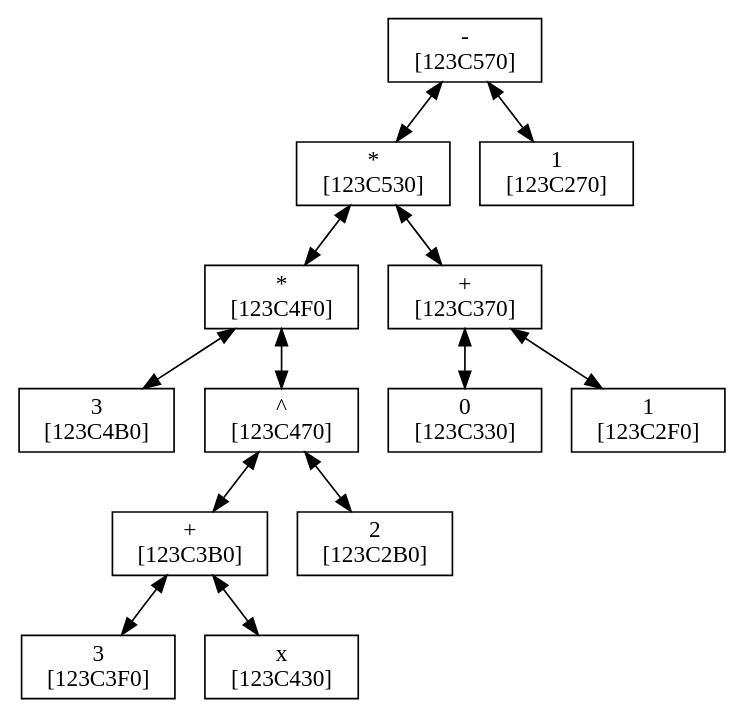
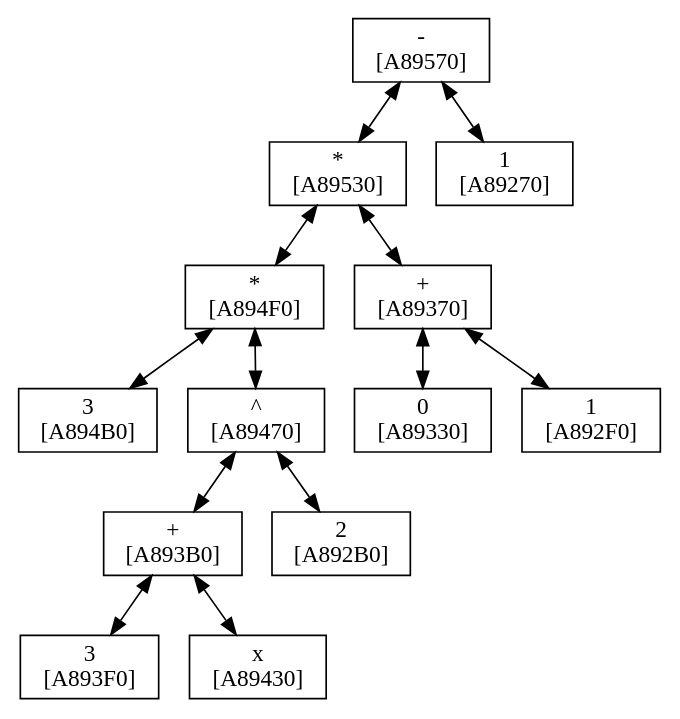
One commit to isgerasin/1sem changed the diagram in Differ/Debug/graph_tree1.gv. Above: the diagram before and after it, drawn with Graphviz. The commit also changed 88 other files, not shown here.

```diff
--- a/Differ/Debug/graph_tree1.gv
+++ b/Differ/Debug/graph_tree1.gv
@@ -1,40 +1,40 @@
 digraph Tree
 {
 	node[shape = polygon]; edge[dir=both];
 	"-
-[123C570]"->"*
-[123C530]"
+[A89570]"->"*
+[A89530]"
 	"*
-[123C530]"->"*
-[123C4F0]"
+[A89530]"->"*
+[A894F0]"
 	"*
-[123C4F0]"->"3
-[123C4B0]"
+[A894F0]"->"3
+[A894B0]"
 	"*
-[123C4F0]"->"^
-[123C470]"
+[A894F0]"->"^
+[A89470]"
 	"^
-[123C470]"->"+
-[123C3B0]"
+[A89470]"->"+
+[A893B0]"
 	"+
-[123C3B0]"->"3
-[123C3F0]"
+[A893B0]"->"3
+[A893F0]"
 	"+
-[123C3B0]"->"x
-[123C430]"
+[A893B0]"->"x
+[A89430]"
 	"^
-[123C470]"->"2
-[123C2B0]"
+[A89470]"->"2
+[A892B0]"
 	"*
-[123C530]"->"+
-[123C370]"
+[A89530]"->"+
+[A89370]"
 	"+
-[123C370]"->"0
-[123C330]"
+[A89370]"->"0
+[A89330]"
 	"+
-[123C370]"->"1
-[123C2F0]"
+[A89370]"->"1
+[A892F0]"
 	"-
-[123C570]"->"1
-[123C270]"
+[A89570]"->"1
+[A89270]"
 }
```
